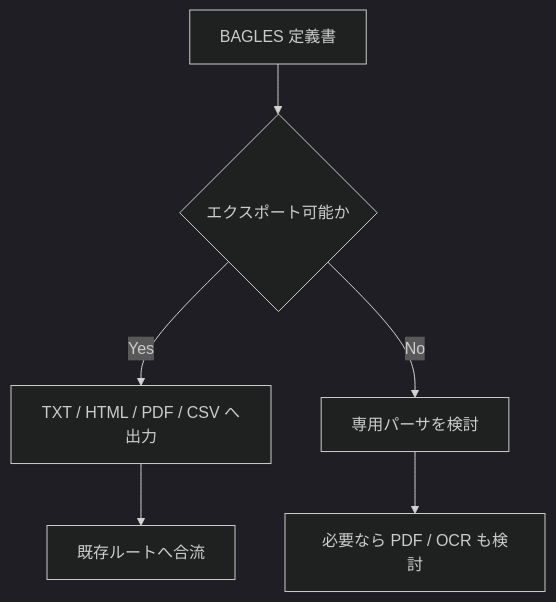
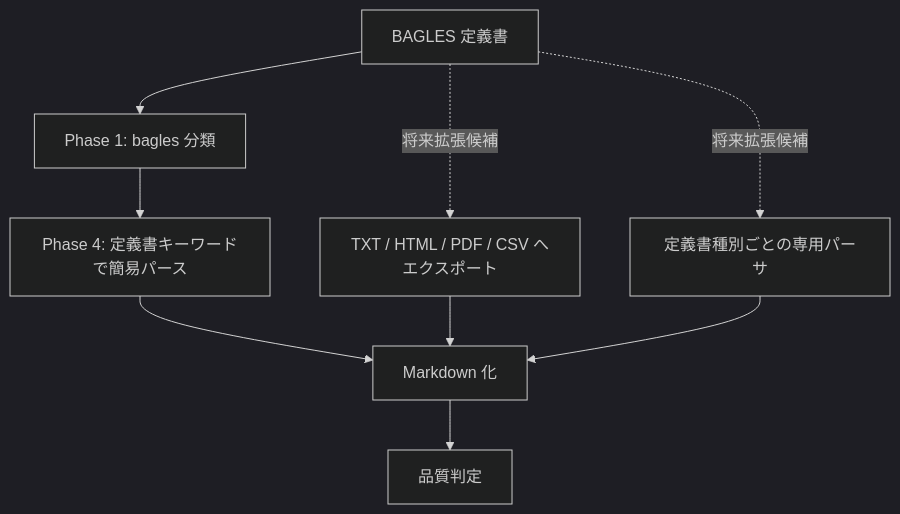
Before and after one commit to tudoumono/FileTrimming: the diagram in docs/拡張子別/bagles.md, drawn with Mermaid (dark theme). The commit also changed other lines of this file and 7 other files, not shown here.

````diff
--- a/docs/拡張子別/bagles.md
+++ b/docs/拡張子別/bagles.md
@@ -25,8 +26,11 @@
 ```mermaid
 flowchart TD
-    A["BAGLES 定義書"] --> B{"エクスポート可能か"}
-    B -->|Yes| C["TXT / HTML / PDF / CSV へ出力"]
-    C --> D["既存ルートへ合流"]
-    B -->|No| E["専用パーサを検討"]
-    E --> F["必要なら PDF / OCR も検討"]
+    A["BAGLES 定義書"] --> B["Phase 1: bagles 分類"]
+    B --> C["Phase 4: 定義書キーワードで簡易パース"]
+    C --> D["Markdown 化"]
+    D --> E["品質判定"]
+    A -. 将来拡張候補 .-> F["TXT / HTML / PDF / CSV へエクスポート"]
+    F --> D
+    A -. 将来拡張候補 .-> G["定義書種別ごとの専用パーサ"]
+    G --> D
 ```
````
